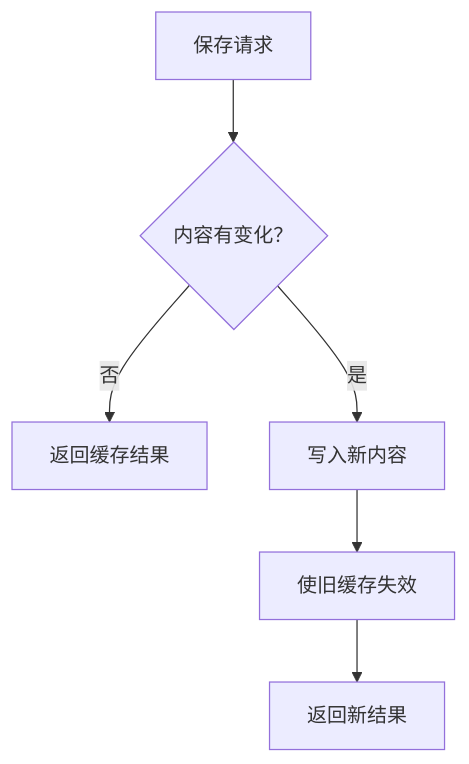
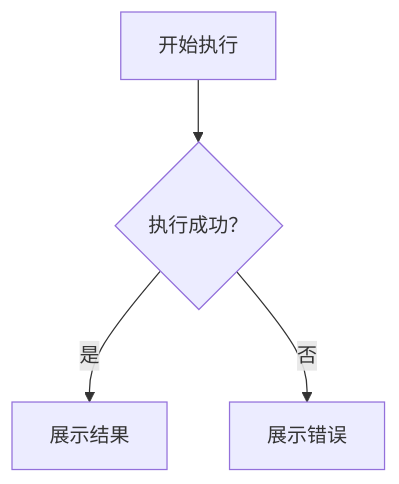
One commit to calvingit/skills changed the diagram in global/show-me/references/examples.md. Above: the diagram before and after it, drawn with Mermaid. The commit also changed other lines of this file and 4 other files, not shown here.

````diff
--- a/global/show-me/references/examples.md
+++ b/global/show-me/references/examples.md
@@ -60,8 +51,6 @@
 ```mermaid
 flowchart TD
-    A[保存请求] --> B{内容有变化？}
-    B -->|否| C[返回缓存结果]
-    B -->|是| D[写入新内容]
-    D --> E[使旧缓存失效]
-    E --> F[返回新结果]
+    A[开始执行] --> B{执行成功？}
+    B -->|是| C[展示结果]
+    B -->|否| D[展示错误]
 ```
````
